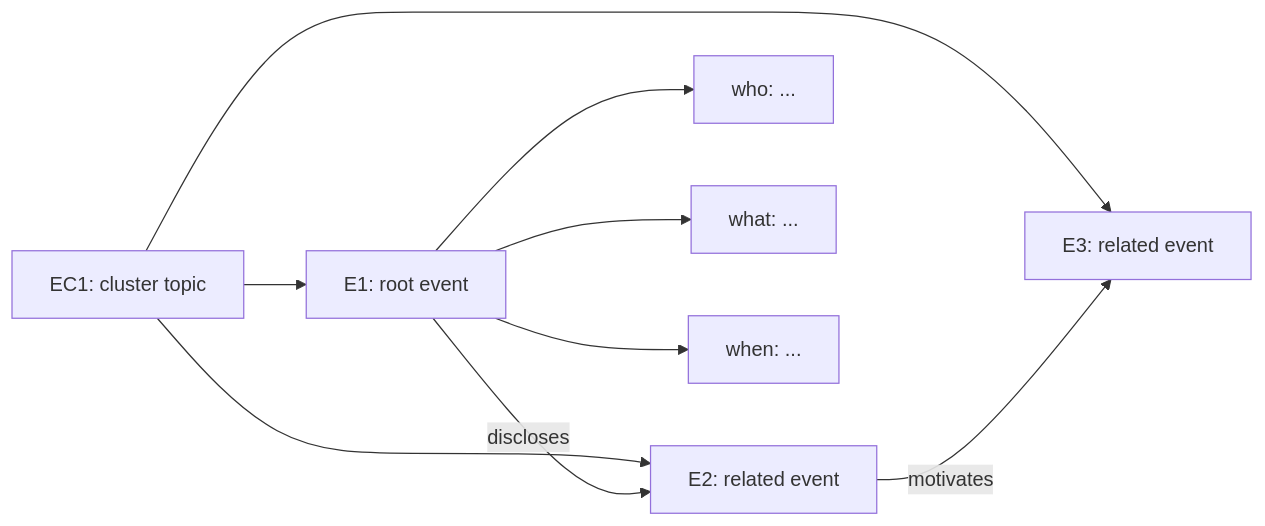
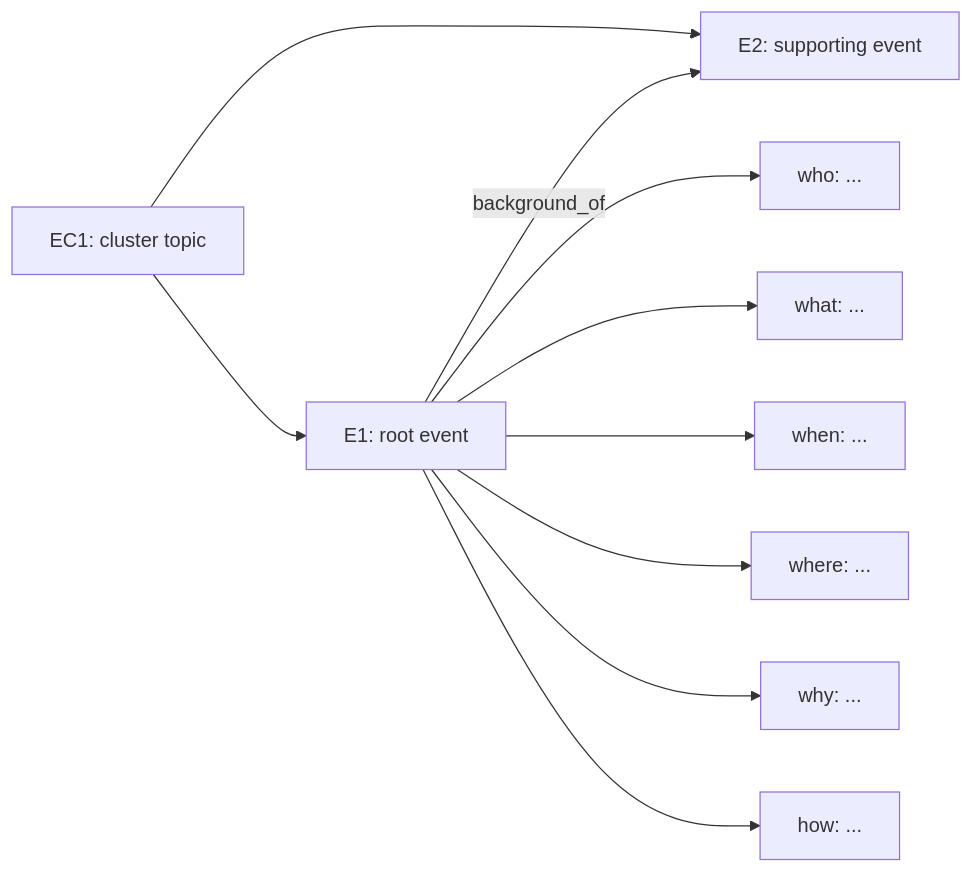
Before and after one commit to verbalPoem/ceh-5w1h-skill: the second of 2 diagrams in ceh-5w1h/references/diagram-guide.md, drawn with Mermaid. The commit also changed other lines of this file and 2 other files, not shown here.

Commit message:
Require 5W1H roles in diagrams

````diff
--- a/ceh-5w1h/references/diagram-guide.md
+++ b/ceh-5w1h/references/diagram-guide.md
@@ -7,18 +51,17 @@
 ```mermaid
 flowchart LR
   EC1["EC1: cluster topic"]
   E1["E1: root event"]
-  E2["E2: related event"]
-  E3["E3: related event"]
+  E2["E2: supporting event"]
 
   EC1 --> E1
   EC1 --> E2
-  EC1 --> E3
+  E1 -- "background_of" --> E2
 
-  E1 -- "discloses" --> E2
-  E2 -- "motivates" --> E3
-
-  E1 --> W1["who: ..."]
-  E1 --> T1["what: ..."]
-  E1 --> D1["when: ..."]
+  E1 --> E1_WHO["who: ..."]
+  E1 --> E1_WHAT["what: ..."]
+  E1 --> E1_WHEN["when: ..."]
+  E1 --> E1_WHERE["where: ..."]
+  E1 --> E1_WHY["why: ..."]
+  E1 --> E1_HOW["how: ..."]
 ```
````
